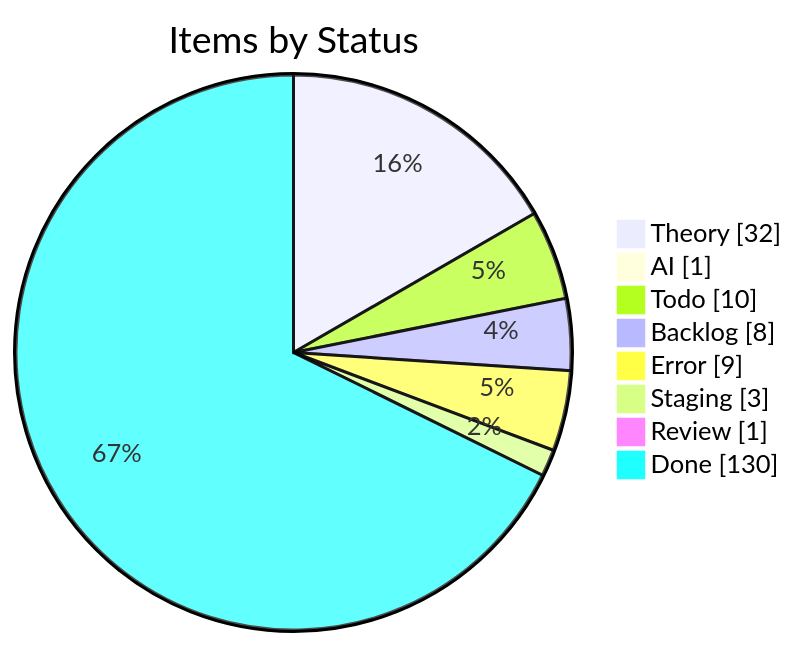
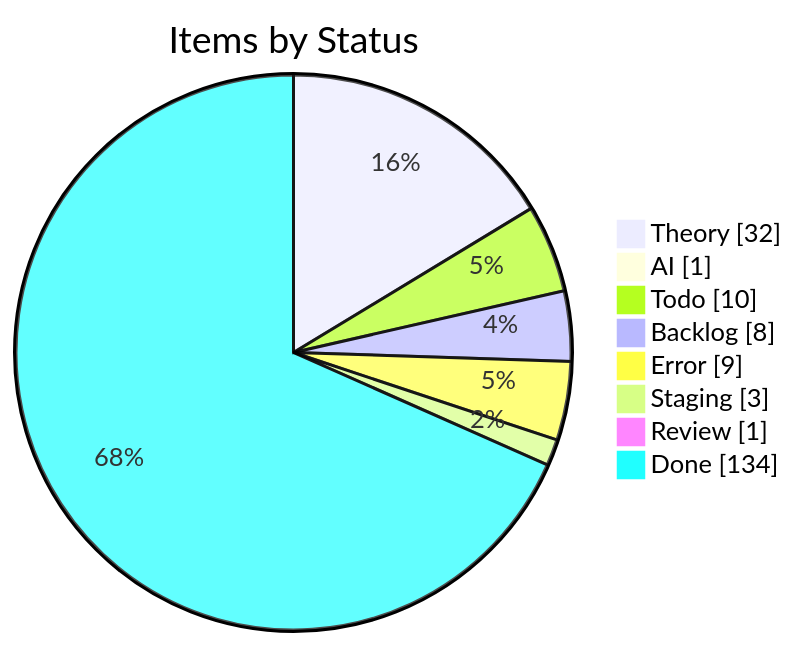
The first of 4 diagrams in apps/kbve/astro-kbve/src/content/docs/dashboard/kanban-data.mdx (KBVE/kbve), drawn with Mermaid before and after one commit. The commit also changed other lines of this file and 8 other files, not shown here.

````diff
--- a/apps/kbve/astro-kbve/src/content/docs/dashboard/kanban-data.mdx
+++ b/apps/kbve/astro-kbve/src/content/docs/dashboard/kanban-data.mdx
@@ -55,12 +55,12 @@
 ```mermaid
 pie showData
     title Items by Status
     "Theory" : 32
     "AI" : 1
     "Todo" : 10
     "Backlog" : 8
     "Error" : 9
     "Staging" : 3
     "Review" : 1
-    "Done" : 130
+    "Done" : 134
 ```
````
